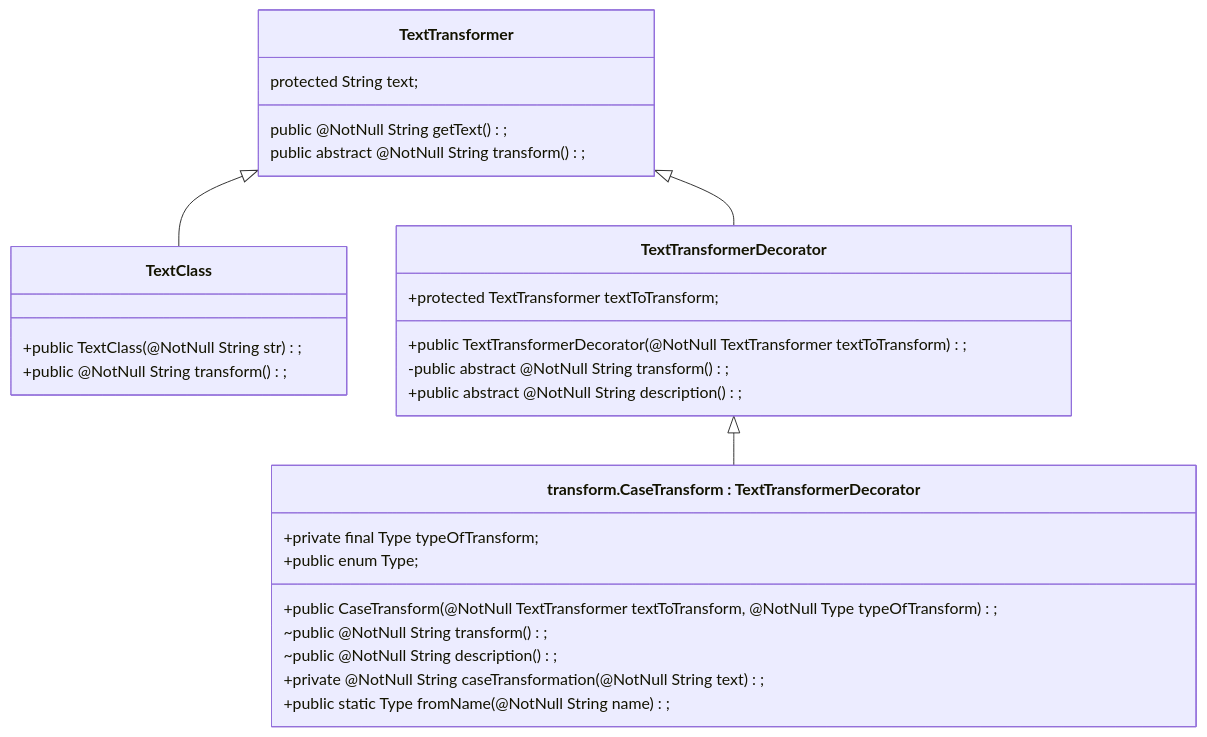
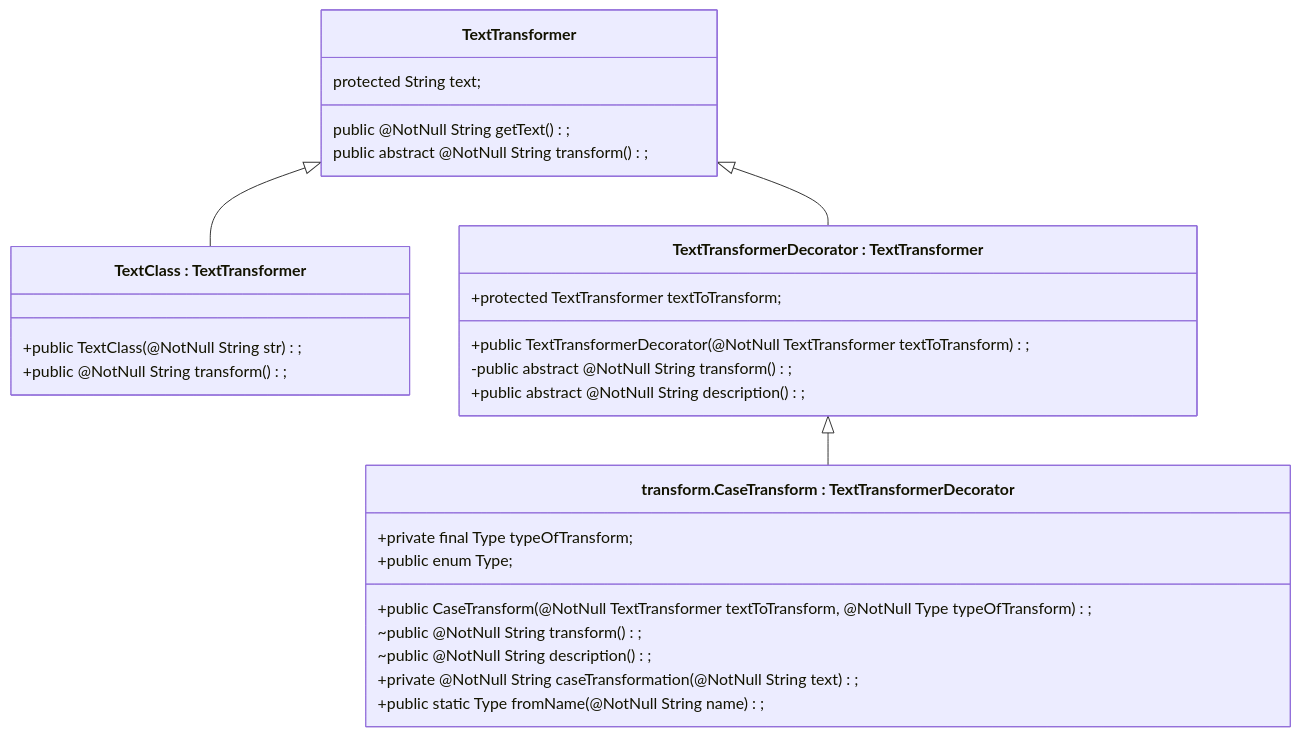
One commit to Dashrek/SK2_R_P_S changed the diagram in exampleclass.md. Above: the diagram before and after it, drawn with Mermaid.

````diff
--- a/exampleclass.md
+++ b/exampleclass.md
@@ -2,30 +2,30 @@
 ```mermaid
 classDiagram
   class TextTransformer {
     protected String text;
     public @NotNull String getText();
     public abstract @NotNull String transform();
   }
-  class TextClass {
+  class TextClass["TextClass : TextTransformer"] {
     +public TextClass(@NotNull String str);
     +public @NotNull String transform();
   }
-  class TextTransformerDecorator {
+  class TextTransformerDecorator["TextTransformerDecorator : TextTransformer"] {
     +protected TextTransformer textToTransform;
     +public TextTransformerDecorator(@NotNull TextTransformer textToTransform);
     -public abstract @NotNull String transform();
     +public abstract @NotNull String description();
   }
   class CaseTransform["transform.CaseTransform : TextTransformerDecorator"] {
     +private final Type typeOfTransform;
     +public CaseTransform(@NotNull TextTransformer textToTransform, @NotNull Type typeOfTransform);
     ~public @NotNull String transform();
     ~public @NotNull String description();
     +private @NotNull String caseTransformation(@NotNull String text);
     +public enum Type;
     +public static Type fromName(@NotNull String name);
   }
   TextTransformer <|-- TextTransformerDecorator
   TextTransformer <|-- TextClass
   TextTransformerDecorator <|-- CaseTransform
 ```
````
